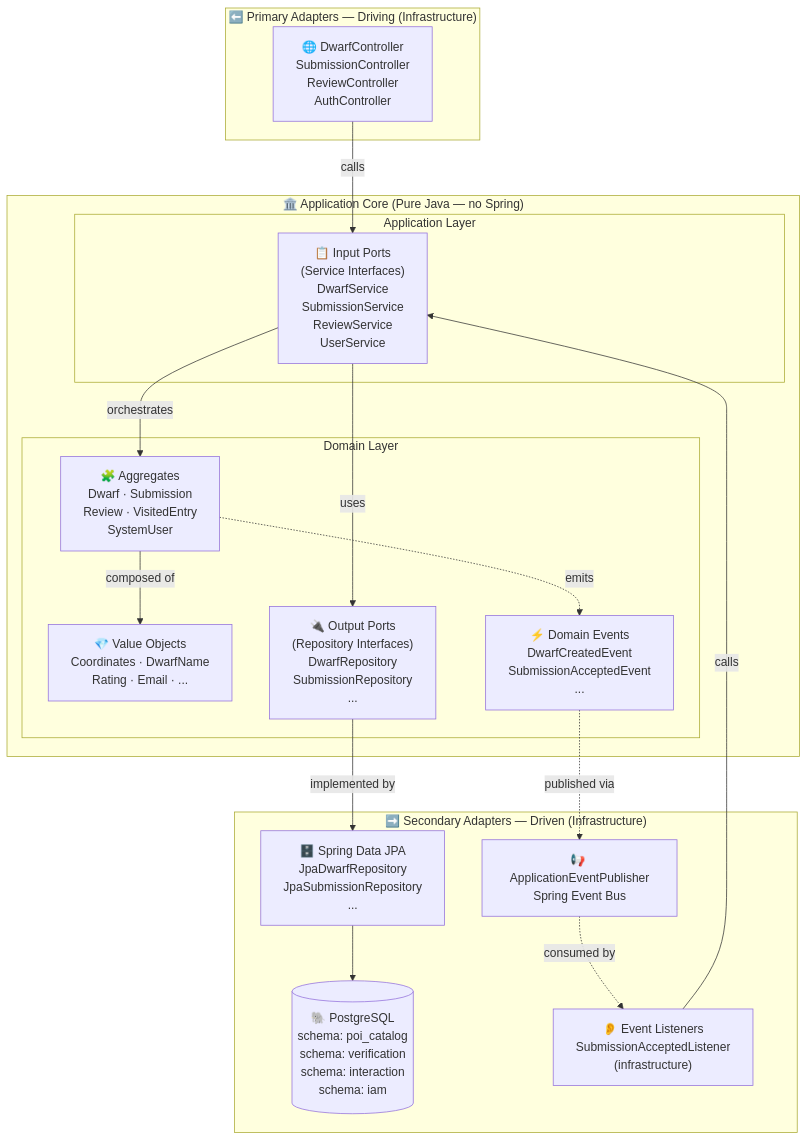
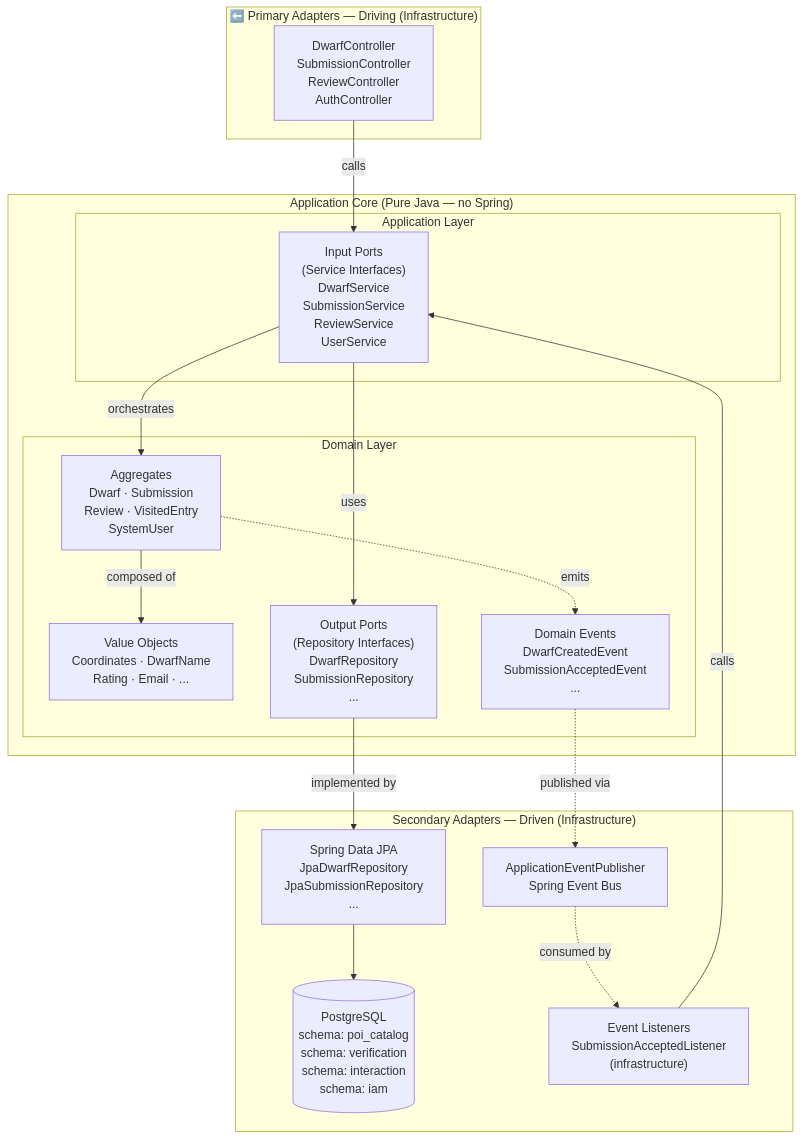
Before and after one commit to N3cro0o/MiASI-project-part-2: the first of 8 diagrams in plans/02-tactical.md, drawn with Mermaid. The commit also changed 23 other files, not shown here.

````diff
--- a/plans/02-tactical.md
+++ b/plans/02-tactical.md
@@ -63,36 +63,36 @@
 ```mermaid
 graph TB
     subgraph ADAPTERS_IN["⬅️ Primary Adapters — Driving (Infrastructure)"]
-        WEB["🌐 DwarfController\nSubmissionController\nReviewController\nAuthController"]
+        WEB["DwarfController\nSubmissionController\nReviewController\nAuthController"]
     end
 
-    subgraph CORE["🏛️ Application Core (Pure Java — no Spring)"]
+    subgraph CORE["Application Core (Pure Java — no Spring)"]
         subgraph APP["Application Layer"]
-            SVC["📋 Input Ports\n(Service Interfaces)\nDwarfService\nSubmissionService\nReviewService\nUserService"]
+            SVC["Input Ports\n(Service Interfaces)\nDwarfService\nSubmissionService\nReviewService\nUserService"]
         end
         subgraph DOMAIN["Domain Layer"]
-            AGG["🧩 Aggregates\nDwarf · Submission\nReview · VisitedEntry\nSystemUser"]
-            VO["💎 Value Objects\nCoordinates · DwarfName\nRating · Email · ..."]
-            EVT["⚡ Domain Events\nDwarfCreatedEvent\nSubmissionAcceptedEvent\n..."]
-            REPO_IF["🔌 Output Ports\n(Repository Interfaces)\nDwarfRepository\nSubmissionRepository\n..."]
+            AGG["Aggregates\nDwarf · Submission\nReview · VisitedEntry\nSystemUser"]
+            VO["Value Objects\nCoordinates · DwarfName\nRating · Email · ..."]
+            EVT["Domain Events\nDwarfCreatedEvent\nSubmissionAcceptedEvent\n..."]
+            REPO_IF["Output Ports\n(Repository Interfaces)\nDwarfRepository\nSubmissionRepository\n..."]
         end
     end
 
-    subgraph ADAPTERS_OUT["➡️ Secondary Adapters — Driven (Infrastructure)"]
-        JPA["🗄️ Spring Data JPA\nJpaDwarfRepository\nJpaSubmissionRepository\n..."]
-        PG[("🐘 PostgreSQL\nschema: poi_catalog\nschema: verification\nschema: interaction\nschema: iam")]
-        PUB["📢 ApplicationEventPublisher\nSpring Event Bus"]
-        LISTENER["👂 Event Listeners\nSubmissionAcceptedListener\n(infrastructure)"]
+    subgraph ADAPTERS_OUT["Secondary Adapters — Driven (Infrastructure)"]
+        JPA["Spring Data JPA\nJpaDwarfRepository\nJpaSubmissionRepository\n..."]
+        PG[("PostgreSQL\nschema: poi_catalog\nschema: verification\nschema: interaction\nschema: iam")]
+        PUB["ApplicationEventPublisher\nSpring Event Bus"]
+        LISTENER["Event Listeners\nSubmissionAcceptedListener\n(infrastructure)"]
     end
 
     WEB -->|calls| SVC
     SVC -->|orchestrates| AGG
     AGG -->|composed of| VO
     AGG -.->|emits| EVT
     SVC -->|uses| REPO_IF
     EVT -.->|published via| PUB
     PUB -.->|consumed by| LISTENER
     LISTENER -->|calls| SVC
     REPO_IF -->|implemented by| JPA
     JPA --> PG
 ```
````
